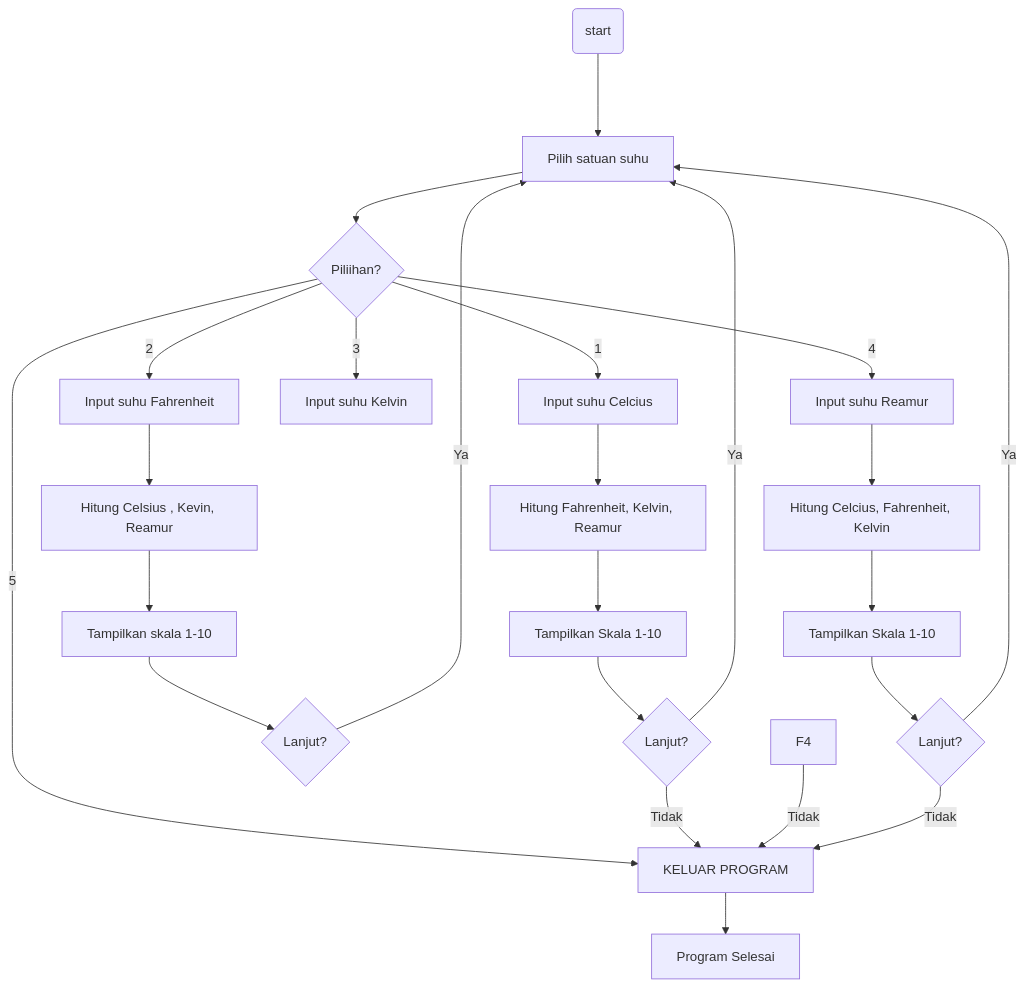
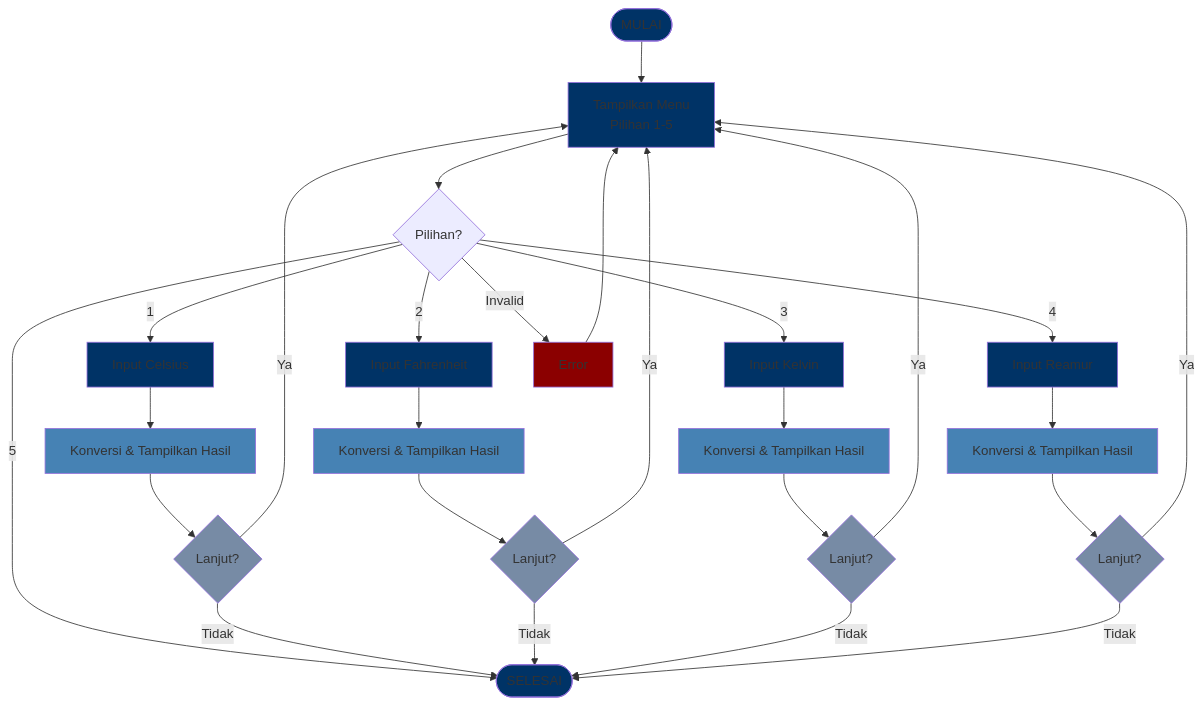
Before and after one commit to frekejulandolumi/pengenalan-pemrograman: the diagram in README.md, drawn with Mermaid. The commit also changed other lines of this file, not shown here.

Commit message:
menambah panduan instalasi dan flowchart.md

````diff
--- a/README.md
+++ b/README.md
@@ -127,36 +170,50 @@
 ```mermaid
-graph TD;
-
-A(start) ---> B[Pilih satuan suhu];
-
-B --> C{Piliihan?};
-
-C -->|1| D[Input suhu Celcius];
-C -->|2| E[Input suhu Fahrenheit];
-C -->|3| F[Input suhu Kelvin];
-C -->|4| G[Input suhu Reamur];
-C -->|5| ZA[KELUAR PROGRAM];
-
-%%==== Celcius ====
-D -->D1[Hitung Fahrenheit, Kelvin, Reamur];
-D1 -->D2[Tampilkan Skala 1-10];
-D2 -->D3{Lanjut?};
-D3 -->|Ya| B;
-D3 -->|Tidak| ZA;
-
-%% ==== Fahrenheit ====
-E -->E1[Hitung Celsius , Kevin, Reamur];
-E1 -->E2[Tampilkan skala 1-10];
-E2 --> E3{Lanjut?};
-E3 -->|Ya| B;
-F4 -->|Tidak| ZA;
-
-%% ==== Reamur ====
-G -->G1[Hitung Celcius, Fahrenheit, Kelvin];
-G1 -->G2[Tampilkan Skala 1-10];
-G2 -->G3{Lanjut?};
-G3 -->|Ya| B;
-G3 -->|Tidak| ZA;
-
-ZA --> ZB[Program Selesai]
+   flowchart TD
+    Start([MULAI]) --> Menu[Tampilkan Menu<br/>Pilihan 1-5]
+    Menu --> Pilih{Pilihan?}
+    
+    Pilih -->|1| C[Input Celsius]
+    Pilih -->|2| F[Input Fahrenheit]
+    Pilih -->|3| K[Input Kelvin]
+    Pilih -->|4| R[Input Reamur]
+    Pilih -->|5| Keluar([SELESAI])
+    Pilih -->|Invalid| Error[Error]
+    
+    Error --> Menu
+    
+    C --> Konversi1[Konversi & Tampilkan Hasil]
+    F --> Konversi2[Konversi & Tampilkan Hasil]
+    K --> Konversi3[Konversi & Tampilkan Hasil]
+    R --> Konversi4[Konversi & Tampilkan Hasil]
+    
+    Konversi1 --> Lanjut1{Lanjut?}
+    Konversi2 --> Lanjut2{Lanjut?}
+    Konversi3 --> Lanjut3{Lanjut?}
+    Konversi4 --> Lanjut4{Lanjut?}
+    
+    Lanjut1 -->|Ya| Menu
+    Lanjut1 -->|Tidak| Keluar
+    Lanjut2 -->|Ya| Menu
+    Lanjut2 -->|Tidak| Keluar
+    Lanjut3 -->|Ya| Menu
+    Lanjut3 -->|Tidak| Keluar
+    Lanjut4 -->|Ya| Menu
+    Lanjut4 -->|Tidak| Keluar
+    
+    style Start fill:#003366
+    style Keluar fill:#003366
+    style Menu fill:#003366
+    style Error fill:#8b0000
+    style C fill:#003366
+    style F fill:#003366
+    style K fill:#003366
+    style R fill:#003366
+    style Konversi1 fill:#4682b4
+    style Konversi2 fill:#4682b4
+    style Konversi3 fill:#4682b4
+    style Konversi4 fill:#4682b4
+    style Lanjut1 fill:#778ba5
+    style Lanjut2 fill:#778ba5
+    style Lanjut3 fill:#778ba5
+    style Lanjut4 fill:#778ba5
 ```
````
